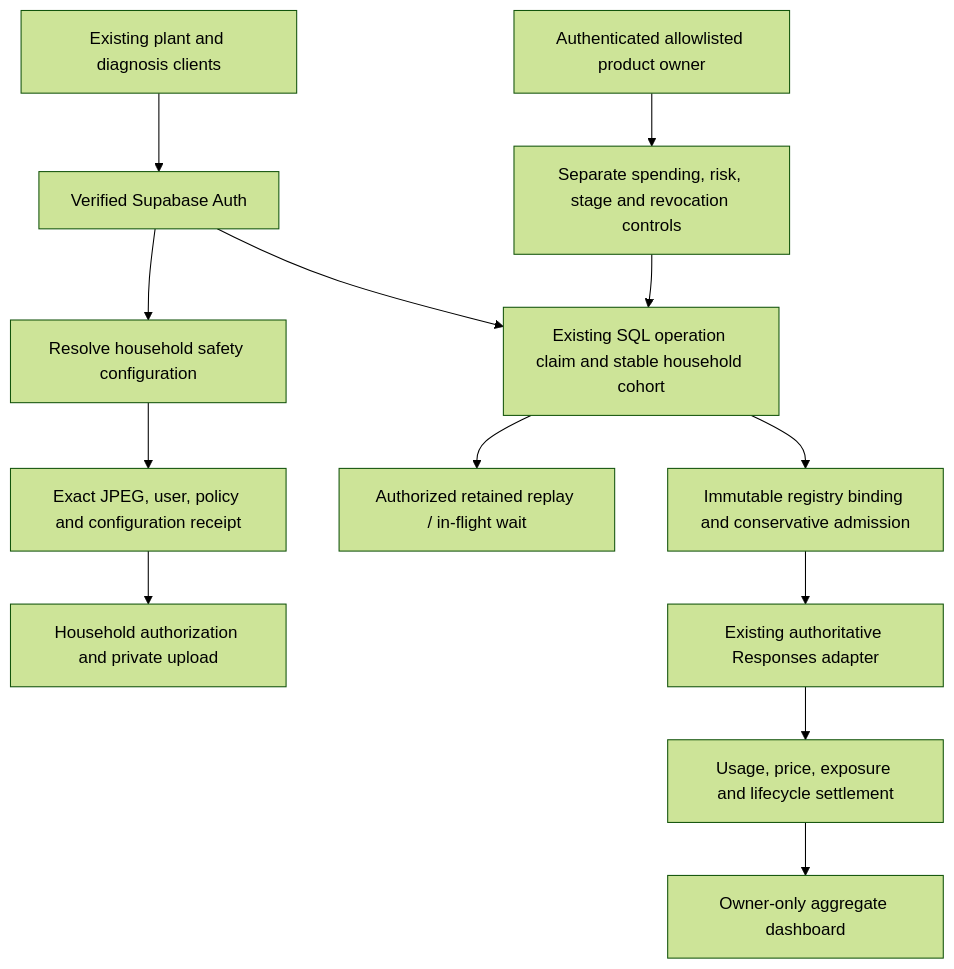
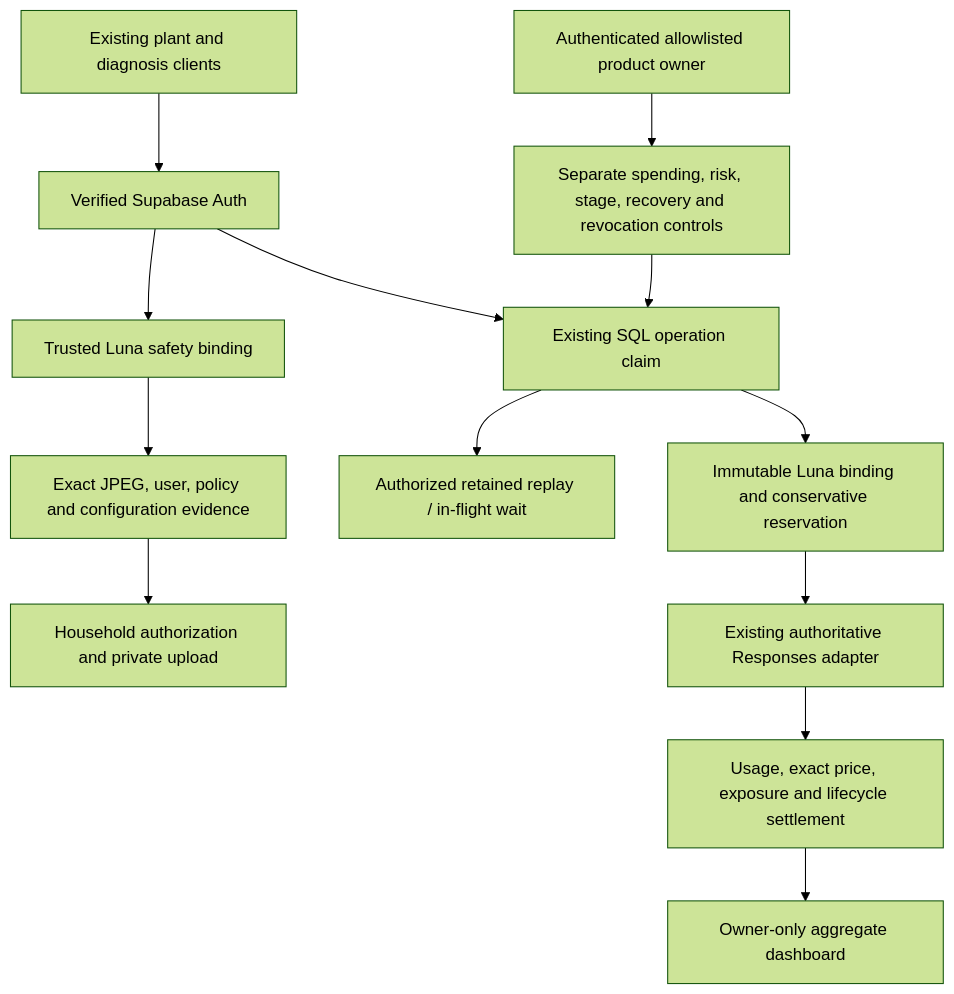
One commit to M3ybi/FlowerScan changed the diagram in docs/ai-luna-complete-migration.md. Above: the diagram before and after it, drawn with Mermaid (forest theme). The commit also changed other lines of this file and 12 other files, not shown here.

Commit message:
docs(ai): record verified Luna cutover and final evidence

````diff
--- a/docs/ai-luna-complete-migration.md
+++ b/docs/ai-luna-complete-migration.md
@@ -21,15 +22,15 @@
 ```mermaid
 flowchart TD
   Client[Existing plant and diagnosis clients] --> Auth[Verified Supabase Auth]
-  Auth --> Safety[Resolve household safety configuration]
-  Safety --> Receipt[Exact JPEG, user, policy and configuration receipt]
-  Receipt --> Upload[Household authorization and private upload]
-  Auth --> Claim[Existing SQL operation claim and stable household cohort]
+  Auth --> Safety[Trusted Luna safety binding]
+  Safety --> Evidence[Exact JPEG, user, policy and configuration evidence]
+  Evidence --> Upload[Household authorization and private upload]
+  Auth --> Claim[Existing SQL operation claim]
   Claim --> Replay[Authorized retained replay / in-flight wait]
-  Claim --> Binding[Immutable registry binding and conservative admission]
+  Claim --> Binding[Immutable Luna binding and conservative reservation]
   Binding --> Adapter[Existing authoritative Responses adapter]
-  Adapter --> Ledger[Usage, price, exposure and lifecycle settlement]
-  Owner[Authenticated allowlisted product owner] --> Controls[Separate spending, risk, stage and revocation controls]
+  Adapter --> Ledger[Usage, exact price, exposure and lifecycle settlement]
+  Owner[Authenticated allowlisted product owner] --> Controls[Separate spending, risk, stage, recovery and revocation controls]
   Controls --> Claim
   Ledger --> FinOps[Owner-only aggregate dashboard]
 ```
````
